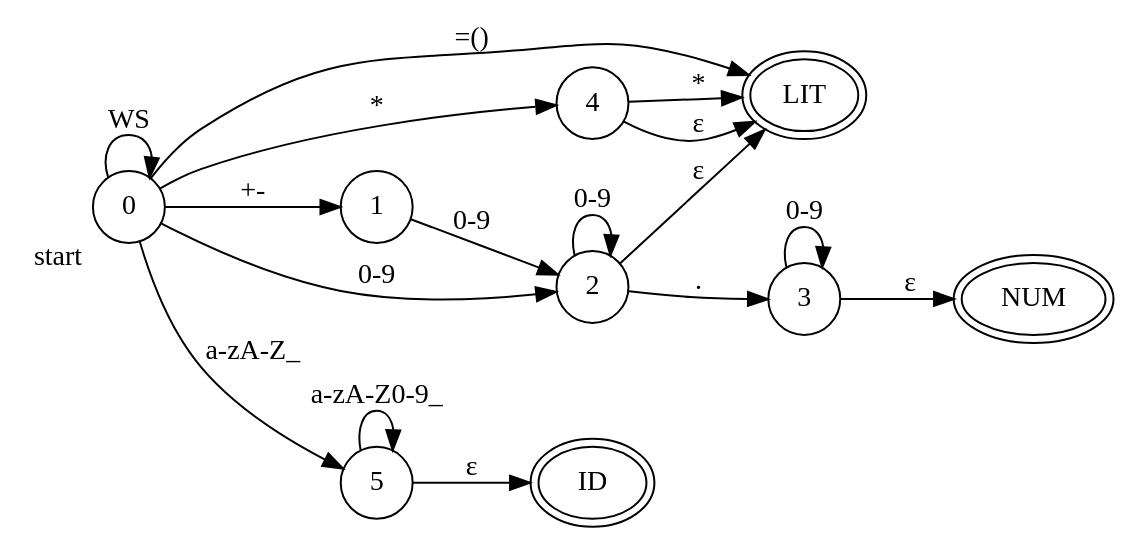
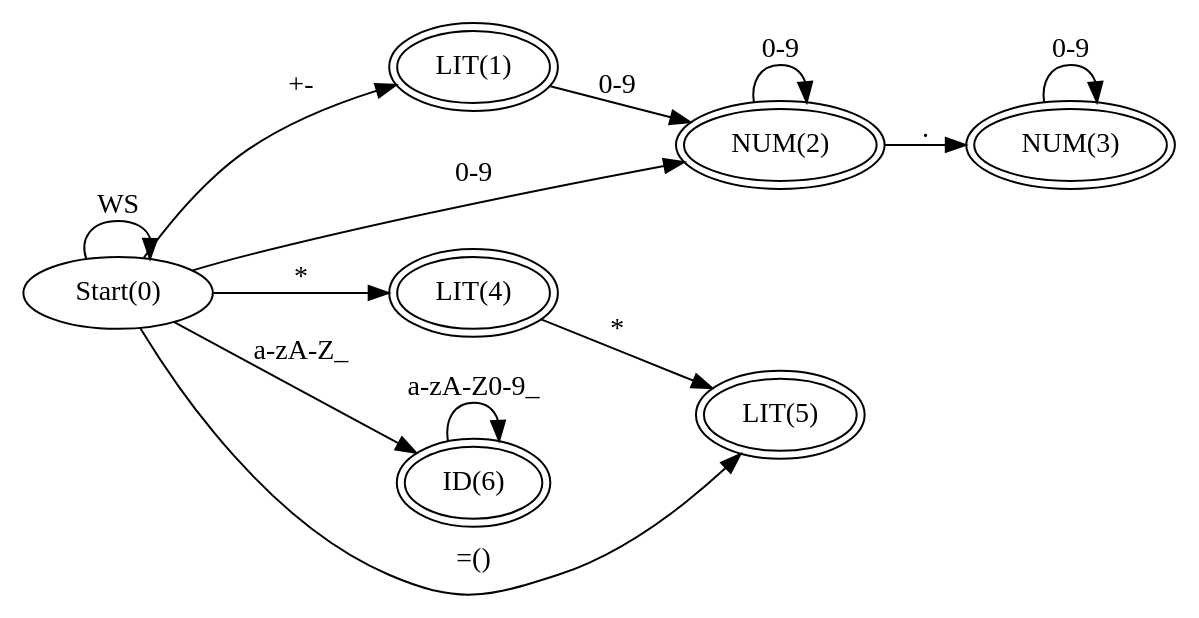
The diagram in state-diagram.gv (samfish204/CSE465-Lab7), drawn with Graphviz before and after one commit. The commit also changed 1 other file, not shown here.

Commit message:
Updated the diagram

```diff
--- a/state-diagram.gv
+++ b/state-diagram.gv
@@ -1,29 +1,35 @@
 digraph G {
     rankdir="LR";
-    node [shape=ellipse, peripheries=2]{NUM, LIT, ID};
-    node [shape=circle, peripheries=1];
+    node [shape=ellipse, peripheries=1];
+
     
-    0[xlabel="start"]
+    0[label="Start(0)"]
+    1[label="LIT(1)",  peripheries=2]
+    2[label="NUM(2)", peripheries=2]
+    3[label="NUM(3)", peripheries=2]
+    4[label="LIT(4)", peripheries=2]
+    6[label="ID(6)", peripheries=2]
+    5[label="LIT(5)", peripheries=2]
+
     0 -> 0[label="WS"]
-    0 -> LIT[label="=\()"];
+    0 -> 5[label="=\()"];
     
     0 -> 4[label="*"];
-    4 -> LIT[label="*"];
-    4 -> LIT[label="ε"];
+    4 -> 5[label="*"];
+
+
 
     0 -> 1[label="+-"];
     1 -> 2[label="0-9"];
-    2 -> LIT[label="ε"];
 
     0 -> 2[label="0-9"];
     2 -> 2[label="0-9"];
     2 -> 3[label="."];
     3 -> 3[label="0-9"];
-    3 -> NUM[label="ε"];
+
     
-    0 -> 5[label="a-zA-Z_"];
-    5 -> 5[label="a-zA-Z0-9_"];
-    5 -> ID[label="ε"];
+    0 -> 6[label="a-zA-Z_"];
+    6 -> 6[label="a-zA-Z0-9_"];
 
 
 }
```
